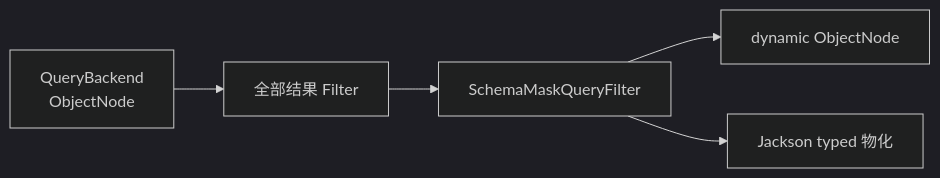
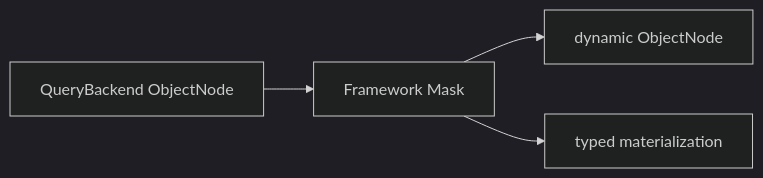
The diagram in documentation/docs/zh/guide/query/masking.md (Ahoo-Wang/Wow), drawn with Mermaid (dark theme) before and after one commit. The commit also changed other lines of this file and 257 other files, not shown here.

First line of the commit message:
refactor(query): separate schema, gateway and backend responsibilities (#3212)

````diff
--- a/documentation/docs/zh/guide/query/masking.md
+++ b/documentation/docs/zh/guide/query/masking.md
@@ -12,7 +12,6 @@
 ```mermaid
 flowchart LR
-    Backend["QueryBackend<br/>ObjectNode"] --> Filters["全部结果 Filter"]
-    Filters --> Mask["SchemaMaskQueryFilter"]
+    Backend["QueryBackend ObjectNode"] --> Mask["Framework Mask"]
     Mask --> Dynamic["dynamic ObjectNode"]
-    Mask --> Jackson["Jackson typed 物化"]
+    Mask --> Jackson["typed materialization"]
 ```
````
